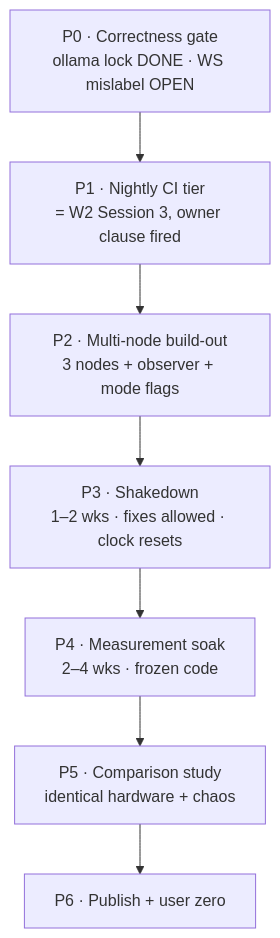
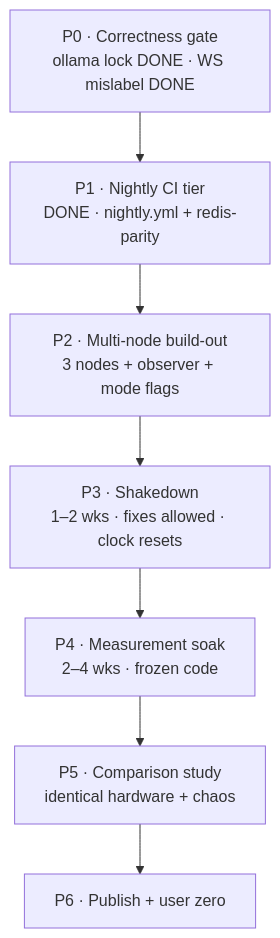
The diagram in docs/PROOF_PROGRAM.md (sykis17/tess), drawn with Mermaid before and after one commit. The commit also changed other lines of this file and 3 other files, not shown here.

````diff
--- a/docs/PROOF_PROGRAM.md
+++ b/docs/PROOF_PROGRAM.md
@@ -47,10 +47,10 @@
 ```mermaid
 flowchart TB
-    P0[P0 · Correctness gate<br/>ollama lock DONE · WS mislabel OPEN] --> P1
-    P1[P1 · Nightly CI tier<br/>= W2 Session 3, owner clause fired] --> P2
+    P0[P0 · Correctness gate<br/>ollama lock DONE · WS mislabel DONE] --> P1
+    P1[P1 · Nightly CI tier<br/>DONE · nightly.yml + redis-parity] --> P2
     P2[P2 · Multi-node build-out<br/>3 nodes + observer + mode flags] --> P3
     P3[P3 · Shakedown<br/>1–2 wks · fixes allowed · clock resets] --> P4
     P4[P4 · Measurement soak<br/>2–4 wks · frozen code] --> P5
     P5[P5 · Comparison study<br/>identical hardware + chaos] --> P6
     P6[P6 · Publish + user zero]
 ```
````
